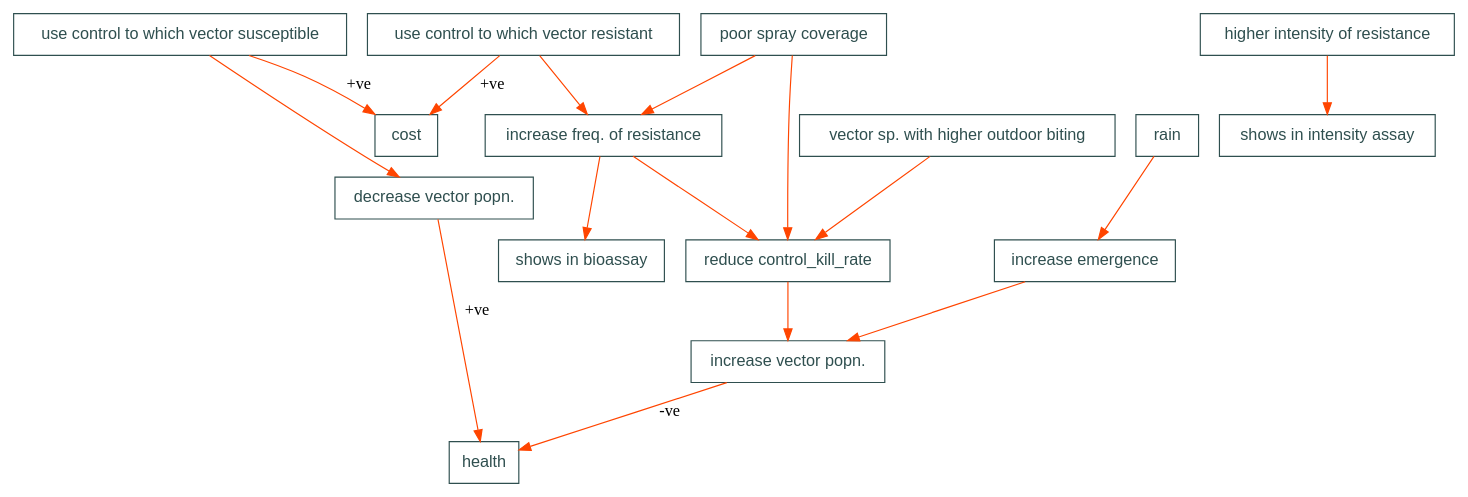
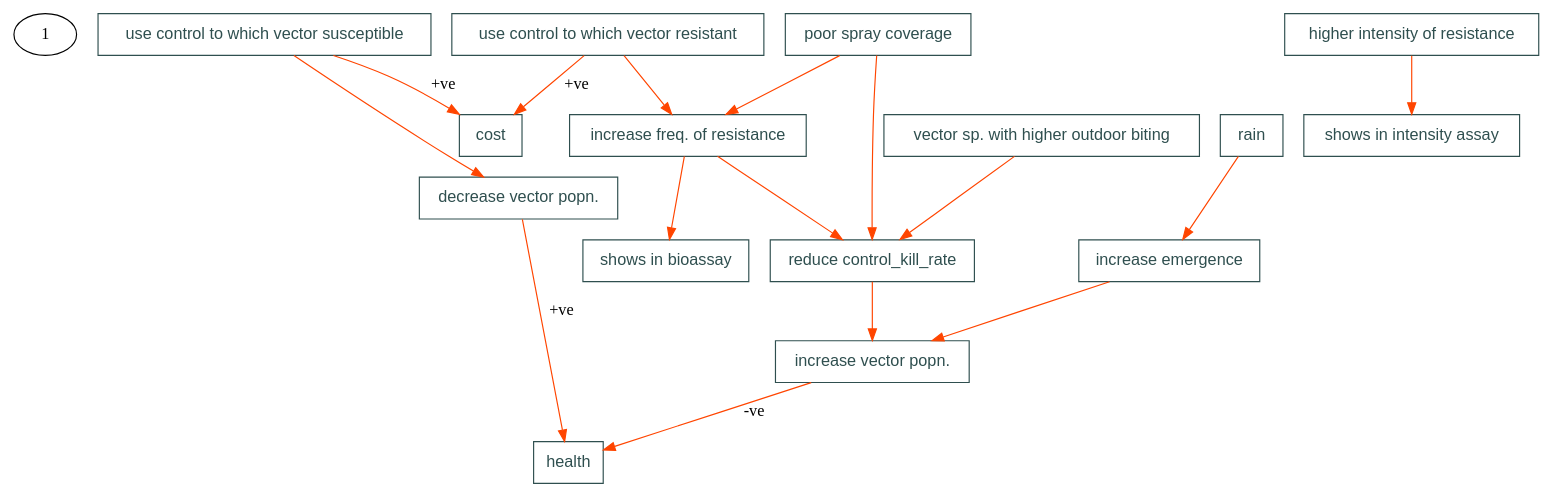
Before and after one commit to AndySouth/resistanceGame: the diagram in inst/extdata/data diagrams/game actions1.gv, drawn with Graphviz.

Commit message:
tweak diagram

```diff
--- a/inst/extdata/data diagrams/game actions1.gv
+++ b/inst/extdata/data diagrams/game actions1.gv
@@ -1,65 +1,67 @@
 digraph {
 
   # graph, node, and edge definitions
   # compound = false allows edges between components of clusters
   graph [compound = false, overlap = true, #nodesep = .5, ranksep = .25,
-         color = crimson]
+         color = crimson] #, layout = neato]
+
+1
 
   node [fontname = Helvetica, fontcolor = darkslategray,
         shape = rectangle, #fixedsize = true, width = 1,
         color = darkslategray]
 
   edge [color = orangered, arrowhead = normal, arrowtail = none]
 
 /**
   subgraph cluster_vectors {
     #node [fixedsize = true, width = 3]
     edge [len=0, color=transparent];
     label = "A:Vectors";
     "A1:Survival" -> "A2:Outdoor biting%"
   }
 
   subgraph cluster_controls {
     #node [fixedsize = true, width = 3]
     edge [len=0, color=transparent];
     label = "B:Controls";
     "B1:list of kill rates" -> "B2:residual life" -> "B3:cost"
   }
 
   subgraph cluster_resistances {
     #node [fixedsize = true] #, width = 3
     edge [len=0, color=transparent];
     label = "C:Resistances";
     "C1:list of controls and % effect on each" -> "C2:rate of increase" -> "C3:rate of decrease"
   }
 **/  
 
   #edges (links) between nodes
 
 #can add labels to edges but might make less clear
 #[ label = " -" ]
   "increase vector popn." -> "health"  [ label = " -ve" ]
   "decrease vector popn." -> "health"  [ label = " +ve" ]  
 
   "poor spray coverage" -> "reduce control_kill_rate" -> "increase vector popn." # -> "reduce health"  
   
   "poor spray coverage" -> "increase freq. of resistance" -> "reduce control_kill_rate"  
   
   "rain" -> "increase emergence" -> "increase vector popn." 
   
   "vector sp. with higher outdoor biting" -> "reduce control_kill_rate"
   
   "use control to which vector susceptible" -> "decrease vector popn."
 
   "use control to which vector susceptible" -> "cost" [ label = " +ve" ]
 
   "higher intensity of resistance" -> "shows in intensity assay"
   "increase freq. of resistance" -> "shows in bioassay"
 
   "use control to which vector resistant" -> "increase freq. of resistance"
   "use control to which vector resistant" -> "cost" [ label = " +ve" ]
 
   #specifies a new node
   #Information             [width = 1.5]
 
 }
```
